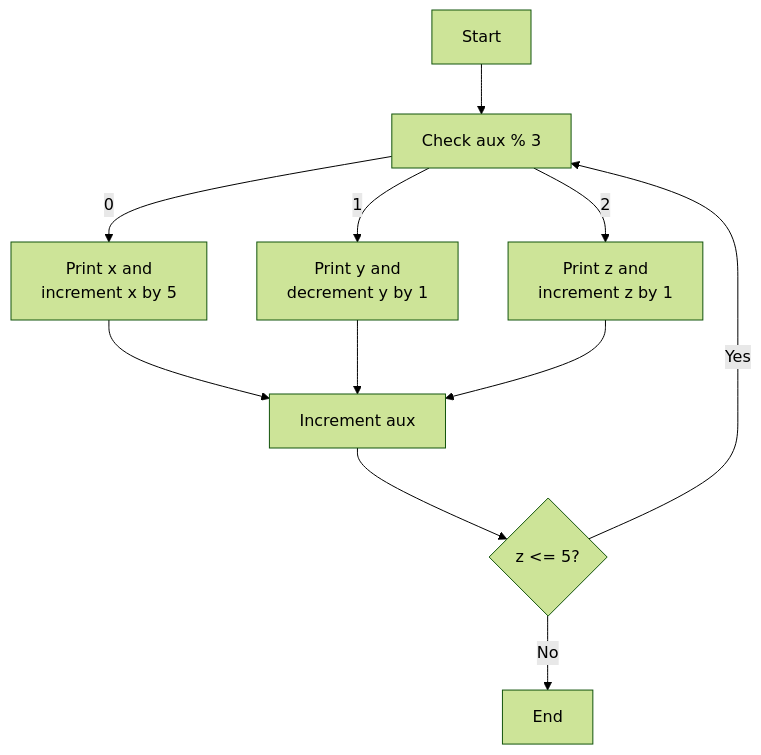
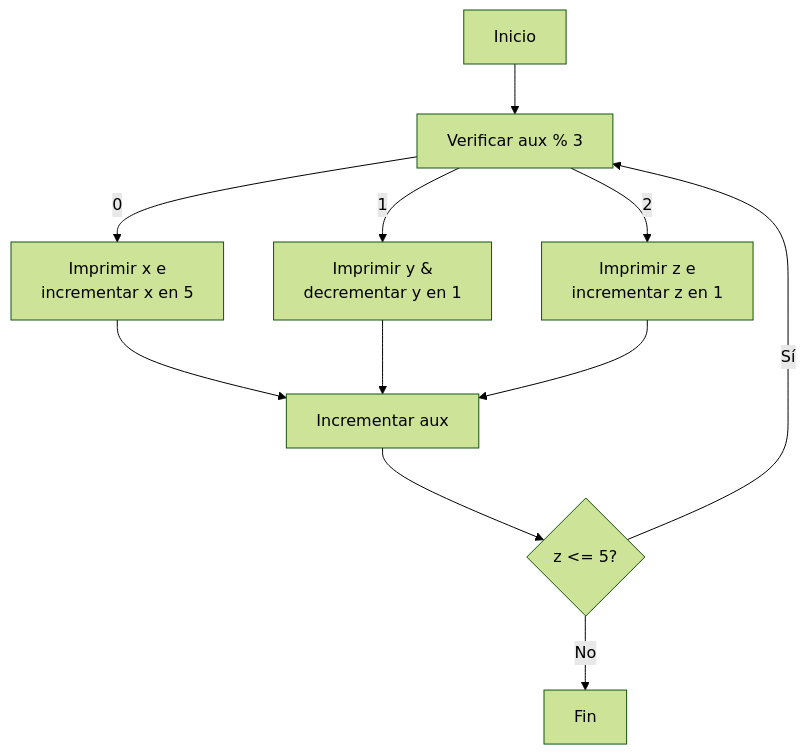
Before and after one commit to SebasInfoBSudamericano/poo-2do-info: the third of 4 diagrams in 070125 Do While/README.md, drawn with Mermaid (forest theme). The commit also changed other lines of this file and 1 other file, not shown here.

````diff
--- a/070125 Do While/README.md
+++ b/070125 Do While/README.md
@@ -46,17 +52,18 @@
 ```mermaid
 graph TD
-    A[Start] --> B[Check aux % 3]
-    B -->|0| C[Print x and
-    increment x by 5]
-    B -->|1| D[Print y and
-    decrement y by 1]
-    B -->|2| E[Print z and
-    increment z by 1]
-    C --> F[Increment aux]
+    A[Inicio] --> B[Verificar aux % 3]
+    B -->|0| C[Imprimir x e
+    incrementar x en 5]
+    B -->|1| D[Imprimir y &
+    decrementar y en 1]
+    B -->|2| E[Imprimir z e
+    incrementar z en 1]
+    C --> F[Incrementar aux]
     D --> F
     E --> F
     F --> G{z <= 5?}
-    G -->|Yes| B
-    G -->|No| H[End]
+    G -->|Sí| B
+    G -->|No| H[Fin]
+
 
 ```
````
